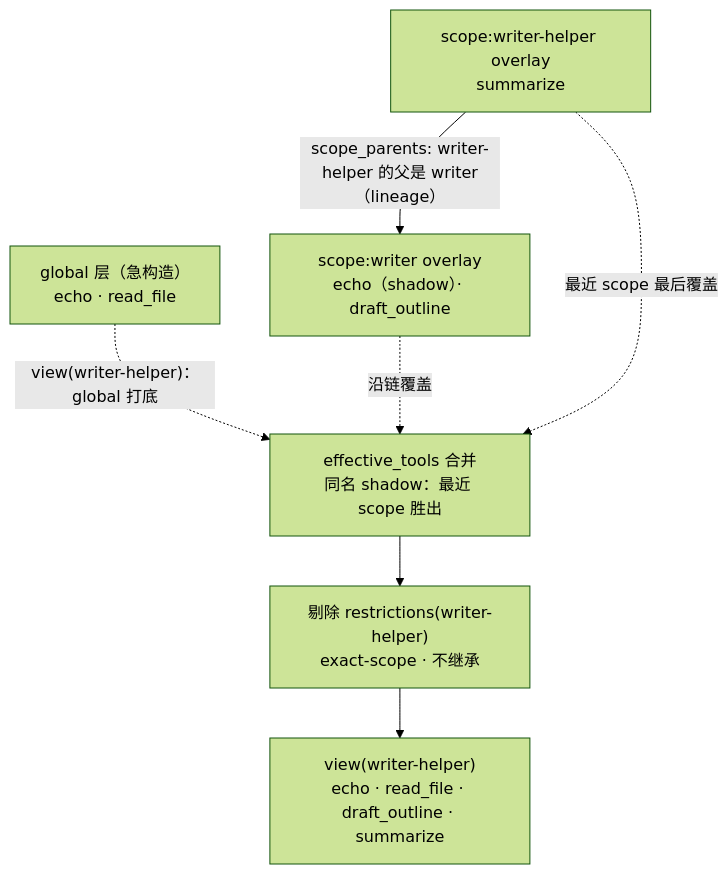
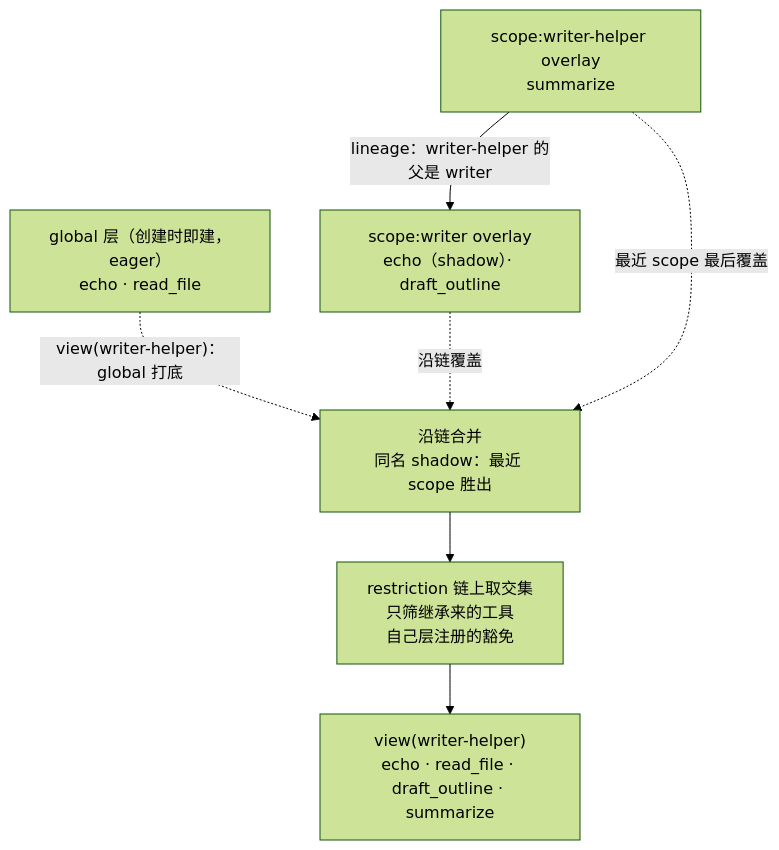
Before and after one commit to ChenYu1991ppak/deepseek-harness-anatomy: the diagram in ch09/ch09-scope_zh.md, drawn with Mermaid (forest theme). The commit also changed other lines of this file and 124 other files, not shown here.

````diff
--- a/ch09/ch09-scope_zh.md
+++ b/ch09/ch09-scope_zh.md
@@ -97,14 +95,14 @@
 ```mermaid
 flowchart TB
-    GL["global 层（急构造）<br/>echo · read_file"]
+    GL["global 层（创建时即建，eager）<br/>echo · read_file"]
     WL["scope:writer overlay<br/>echo（shadow）· draft_outline"]
     HL["scope:writer-helper overlay<br/>summarize"]
-    HL -- "scope_parents: writer-helper 的父是 writer（lineage）" --> WL
+    HL -- "lineage：writer-helper 的父是 writer" --> WL
 
     GL -. "view(writer-helper)：global 打底" .-> MG
     WL -. "沿链覆盖" .-> MG
     HL -. "最近 scope 最后覆盖" .-> MG
-    MG["effective_tools 合并<br/>同名 shadow：最近 scope 胜出"]
-    MG --> FT["剔除 restrictions(writer-helper)<br/>exact-scope · 不继承"]
+    MG["沿链合并<br/>同名 shadow：最近 scope 胜出"]
+    MG --> FT["restriction 链上取交集<br/>只筛继承来的工具<br/>自己层注册的豁免"]
     FT --> VW["view(writer-helper)<br/>echo · read_file · draft_outline · summarize"]
 ```
````
